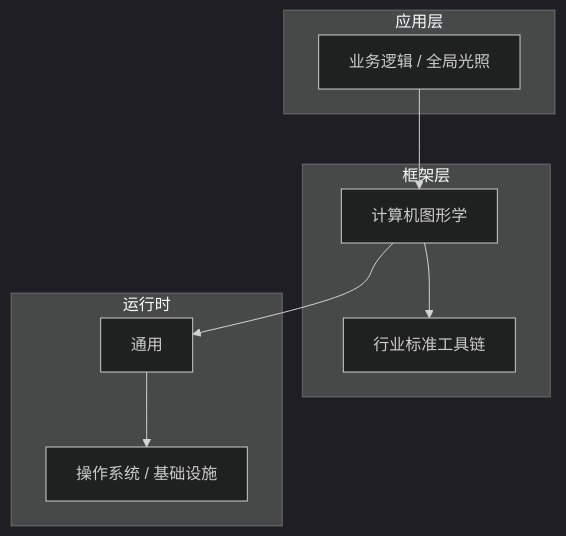
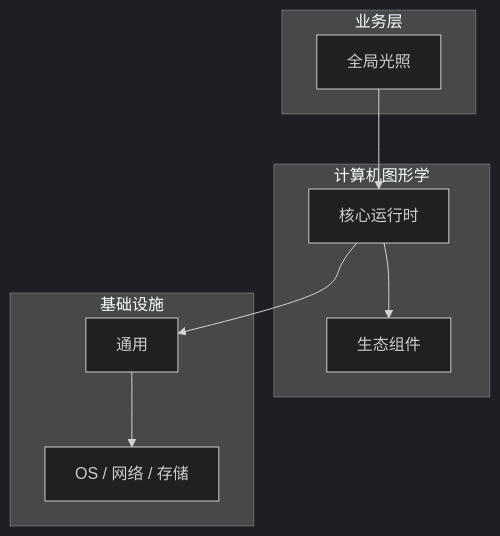
Before and after one commit to yanggan2015/knowledge-json-v2: the diagram in articles/计算机图形学/chapters/056-全局光照核心概念与原理.md, drawn with Mermaid (dark theme). The commit also changed other lines of this file and 10127 other files, not shown here.

````diff
--- a/articles/计算机图形学/chapters/056-全局光照核心概念与原理.md
+++ b/articles/计算机图形学/chapters/056-全局光照核心概念与原理.md
@@ -45,18 +30,18 @@
 ```mermaid
 graph TB
-    subgraph 应用层
-        A[业务逻辑 / 全局光照]
+    subgraph 业务层
+        A[全局光照]
     end
-    subgraph 框架层
-        B[计算机图形学]
-        C[行业标准工具链]
+    subgraph 计算机图形学
+        B[核心运行时]
+        C[生态组件]
     end
-    subgraph 运行时
+    subgraph 基础设施
         D[通用]
-        E[操作系统 / 基础设施]
+        E[OS / 网络 / 存储]
     end
     A --> B
     B --> C
     B --> D
     D --> E
 ```
````
